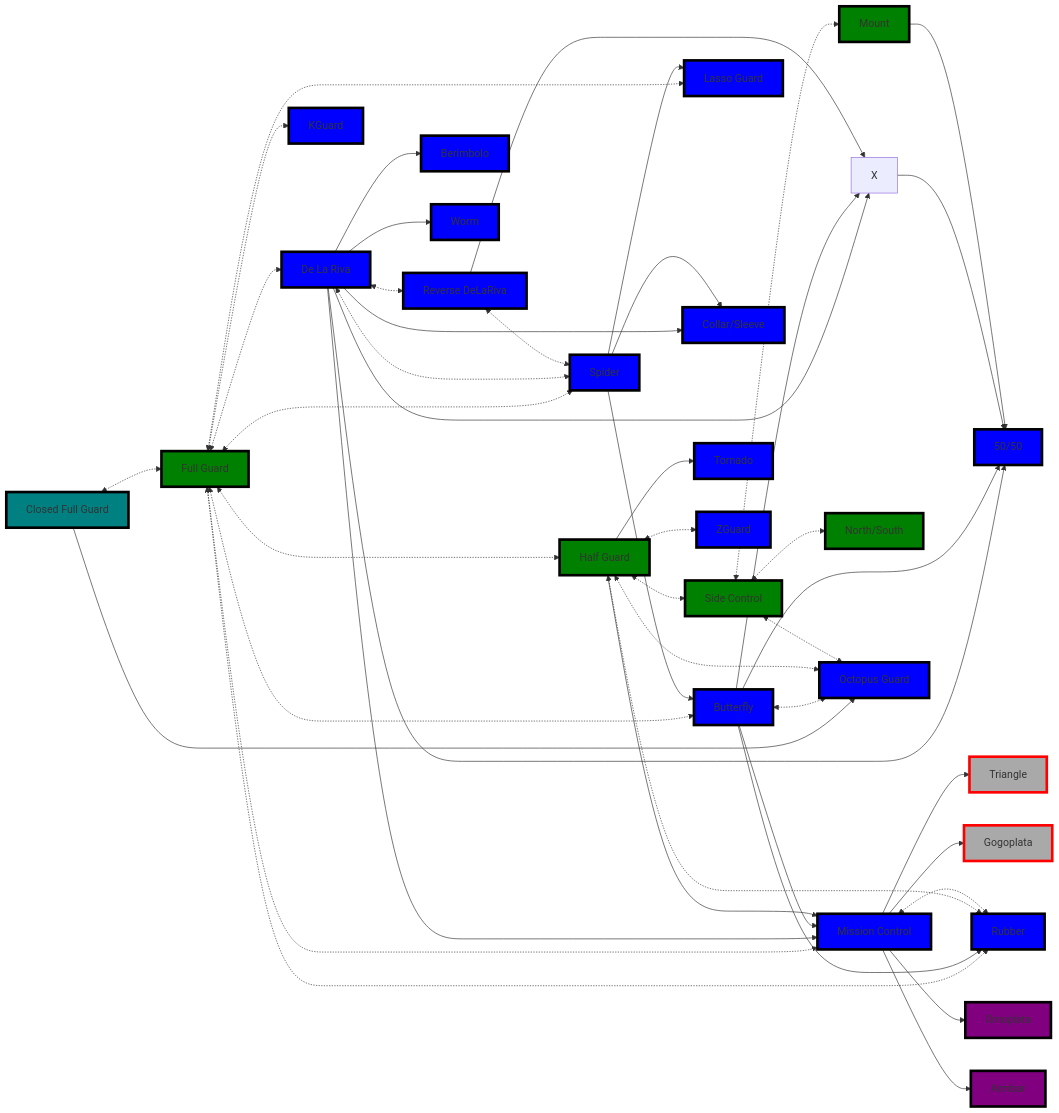
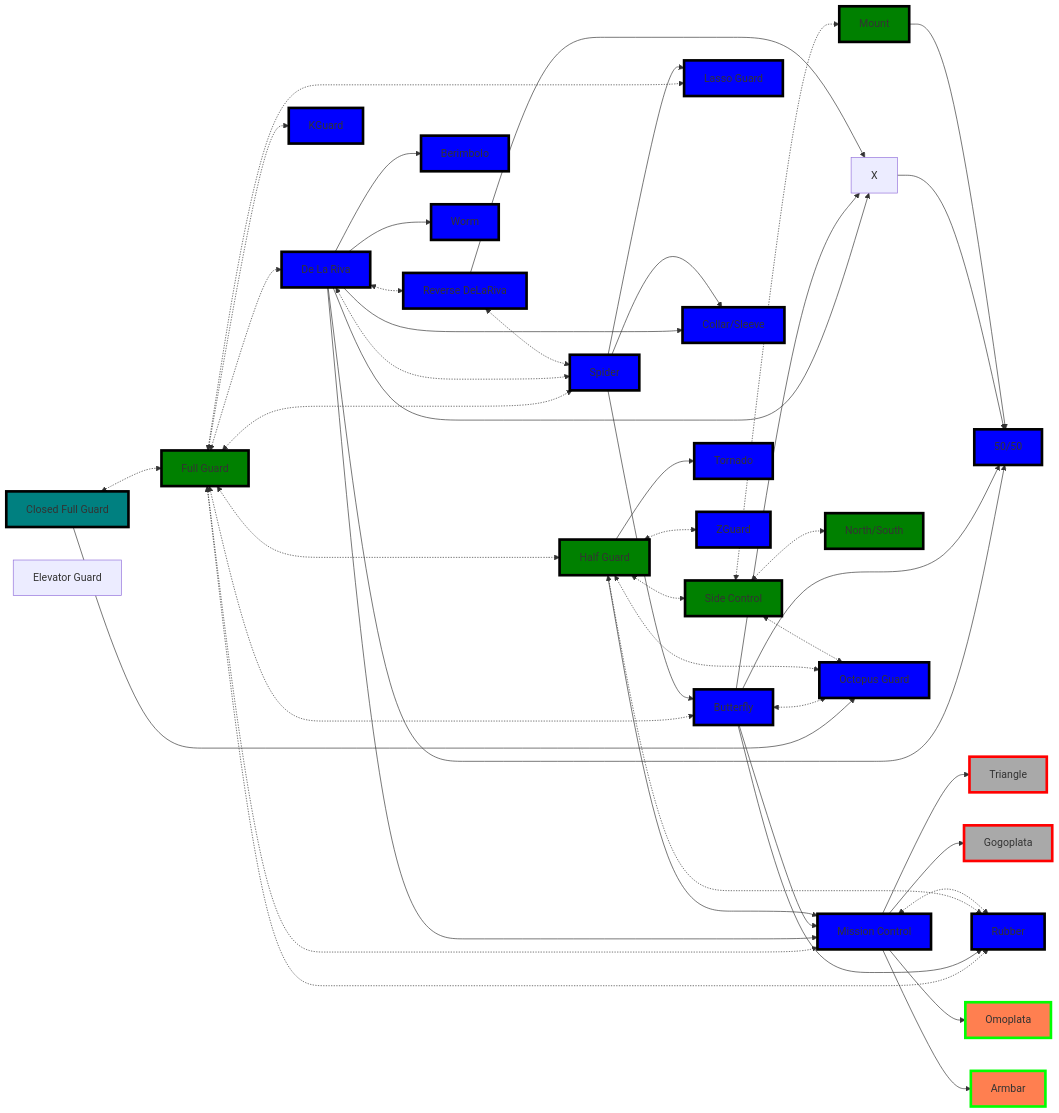
Before and after one commit to jacgit18/DevHiveMind: the first of 4 diagrams in _Fitness/MMA/Real World BJJ Flows.md, drawn with Mermaid. The commit also changed other lines of this file and 5 other files, not shown here.

````diff
--- a/_Fitness/MMA/Real World BJJ Flows.md
+++ b/_Fitness/MMA/Real World BJJ Flows.md
@@ -25,6 +25,8 @@
 	KGuard[KGuard]
 
 	OctopusGuard[Octopus Guard]
+
+	ElevatorGuard[Elevator Guard]
 
 	1[Triangle]
 	2[Gogoplata]
@@ -123,7 +125,7 @@
 
 style 2 fill:darkgray,stroke:red,stroke-width:4px,shadow:shadow
 
-style 3 fill:purple,stroke:black,stroke-width:4px,shadow:shadow
+style 3 fill:coral,stroke:lime,stroke-width:4px,shadow:shadow
 
-style 4 fill:purple,stroke:black,stroke-width:4px,shadow:shadow
+style 4 fill:coral,stroke:lime,stroke-width:4px,shadow:shadow
 ```
````
